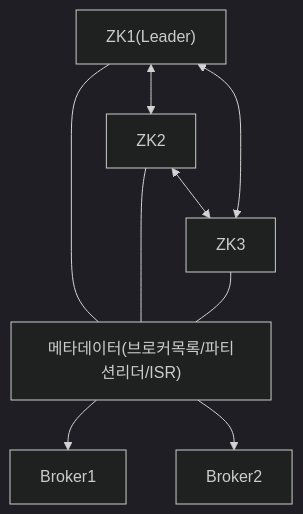
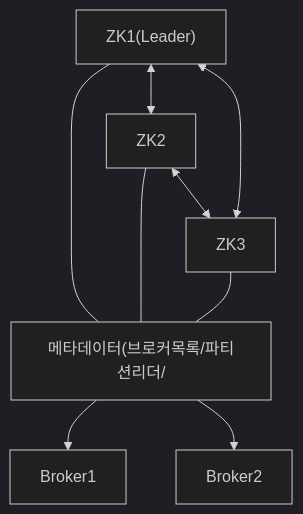
One commit to yjkim2015/yjkim2015.github.io changed the eighth of 17 diagrams in _posts/kafka/2026-05-01-kafka-fundamentals.md. Above: the diagram before and after it, drawn with Mermaid (dark theme). The commit also changed other lines of this file and 271 other files, not shown here.

First line of the commit message:
Mermaid 라벨 축소: 긴 노드 텍스트 18자 이하로 트림 + \n 제거

````diff
--- a/_posts/kafka/2026-05-01-kafka-fundamentals.md
+++ b/_posts/kafka/2026-05-01-kafka-fundamentals.md
@@ -295,9 +295,9 @@
 ```mermaid
 graph TD
     ZK1["ZK1(Leader)"] <--> ZK2["ZK2"]
     ZK2 <--> ZK3["ZK3"]
     ZK1 <--> ZK3
-    META["메타데이터(브로커목록/파티션리더/ISR)"]
+    META["메타데이터(브로커목록/파티션리더/"]
     ZK1 & ZK2 & ZK3 --- META
     META --> B1["Broker1"] & B2["Broker2"]
 ```
````
